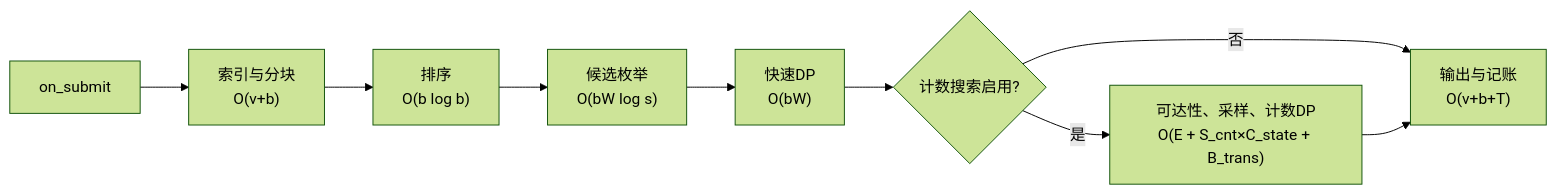
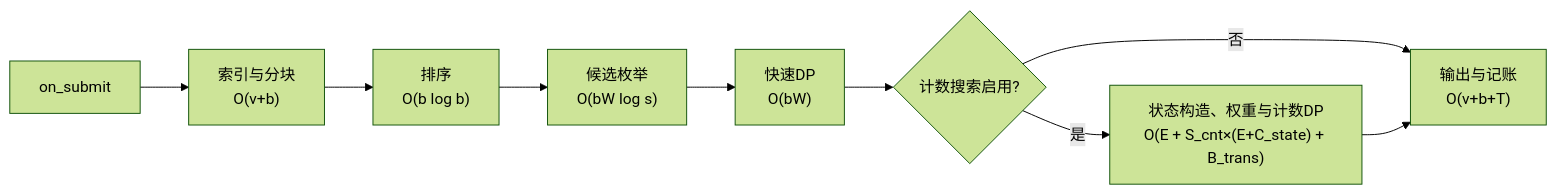
One commit to dpj135/hackathon changed the diagram in submissions/kaisennhu/04_算法设计与复杂度/复杂度分析.md. Above: the diagram before and after it, drawn with Mermaid (forest theme). The commit also changed other lines of this file and 2 other files, not shown here.

````diff
--- a/submissions/kaisennhu/04_算法设计与复杂度/复杂度分析.md
+++ b/submissions/kaisennhu/04_算法设计与复杂度/复杂度分析.md
@@ -7,11 +7,11 @@
 ```mermaid
 flowchart LR
     A["on_submit"] --> B["索引与分块<br/>O(v+b)"]
     B --> C["排序<br/>O(b log b)"]
     C --> D["候选枚举<br/>O(bW log s)"]
     D --> E["快速DP<br/>O(bW)"]
     E --> F{"计数搜索启用?"}
-    F -- 是 --> G["可达性、采样、计数DP<br/>O(E + S_cnt×C_state + B_trans)"]
+    F -- 是 --> G["状态构造、权重与计数DP<br/>O(E + S_cnt×(E+C_state) + B_trans)"]
     F -- 否 --> H["输出与记账<br/>O(v+b+T)"]
     G --> H
 ```
````
